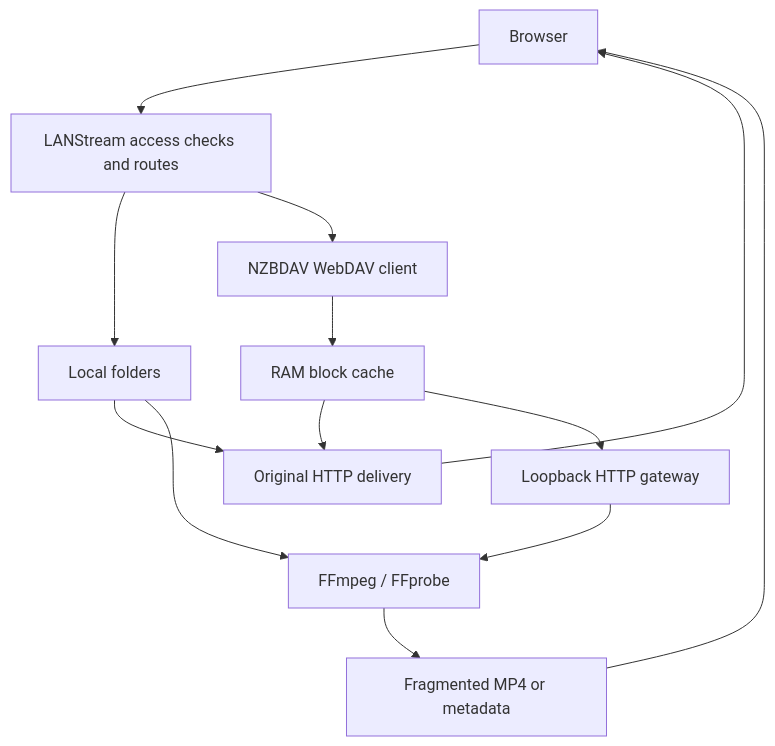
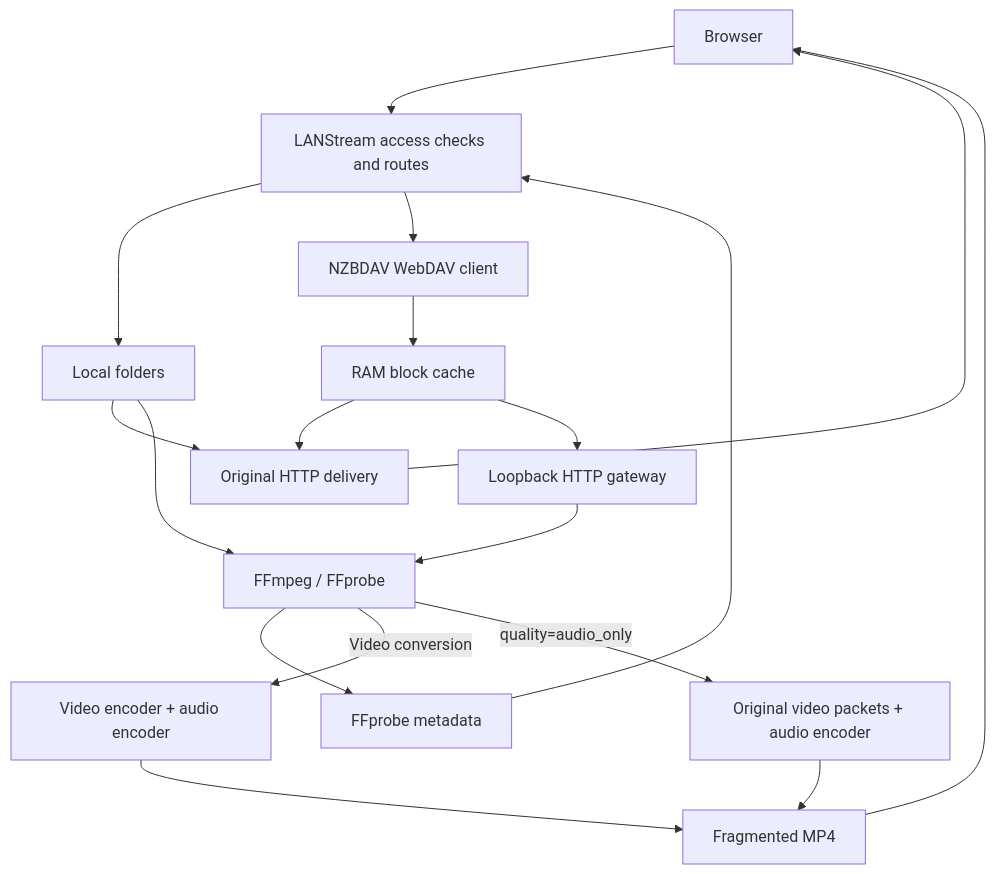
The diagram in docs/architecture.md (AlfaSierra92/LANStream), drawn with Mermaid before and after one commit. The commit also changed other lines of this file and 18 other files, not shown here.

````diff
--- a/docs/architecture.md
+++ b/docs/architecture.md
@@ -31,15 +31,20 @@
 ```mermaid
 flowchart TD
     B["Browser"] --> A["LANStream access checks and routes"]
     A --> L["Local folders"]
     A --> W["NZBDAV WebDAV client"]
     W --> C["RAM block cache"]
     L --> D["Original HTTP delivery"]
     C --> D
     L --> F["FFmpeg / FFprobe"]
     C --> G["Loopback HTTP gateway"]
     G --> F
-    F --> T["Fragmented MP4 or metadata"]
+    F --> M["FFprobe metadata"]
+    F -->|Video conversion| V["Video encoder + audio encoder"]
+    F -->|quality=audio_only| P["Original video packets + audio encoder"]
+    V --> T["Fragmented MP4"]
+    P --> T
     D --> B
     T --> B
+    M --> A
 ```
````
